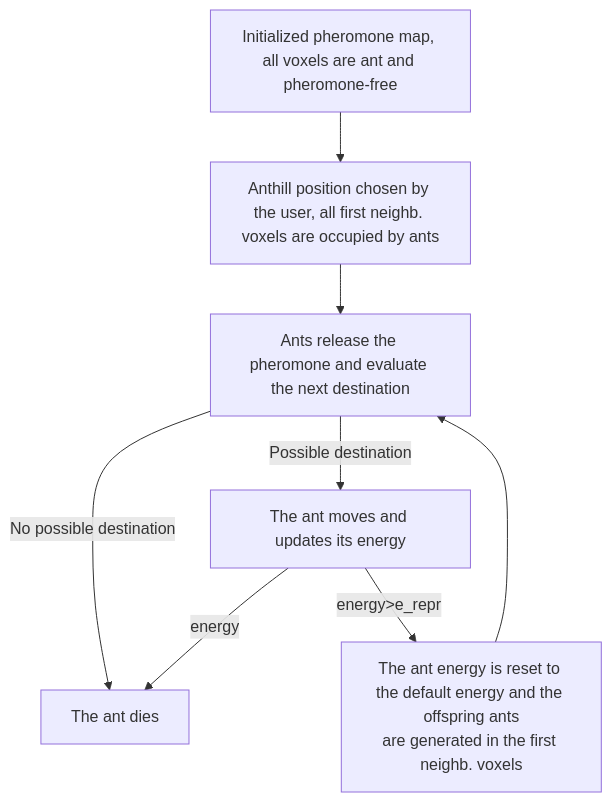
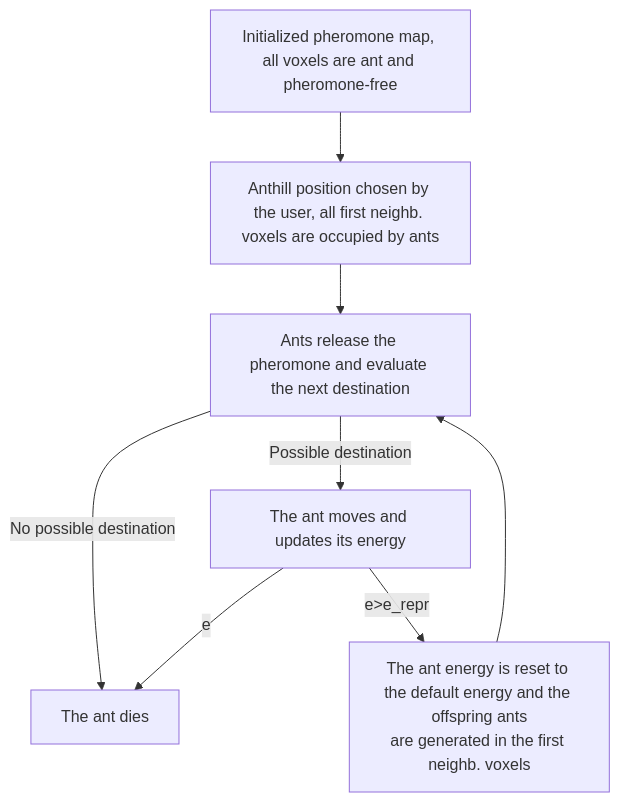
The diagram in README.md (LorenzoPierfederici98/CAM_algorithm), drawn with Mermaid before and after one commit.

````diff
--- a/README.md
+++ b/README.md
@@ -16,11 +16,11 @@
 ```mermaid
 graph TD;
     A[Initialized pheromone map, all voxels are ant and pheromone-free]-->B[Anthill position chosen by the user, all first neighb. voxels are occupied by ants];
     B-->C[Ants release the pheromone and evaluate the next destination];
     C-->|No possible destination| D[The ant dies];
     C-->|Possible destination| E[The ant moves and updates its energy];
-    E-->|energy<e_death| D
-    E-->|energy>e_repr| F[The ant energy is reset to the default energy and the offspring ants
+    E-->|e<e_death| D
+    E-->|e>e_repr| F[The ant energy is reset to the default energy and the offspring ants
 are generated in the first neighb. voxels]
     F-->C
 ```
````
